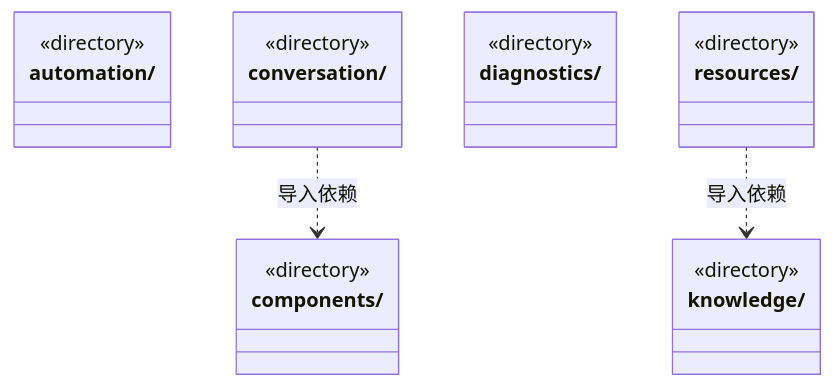
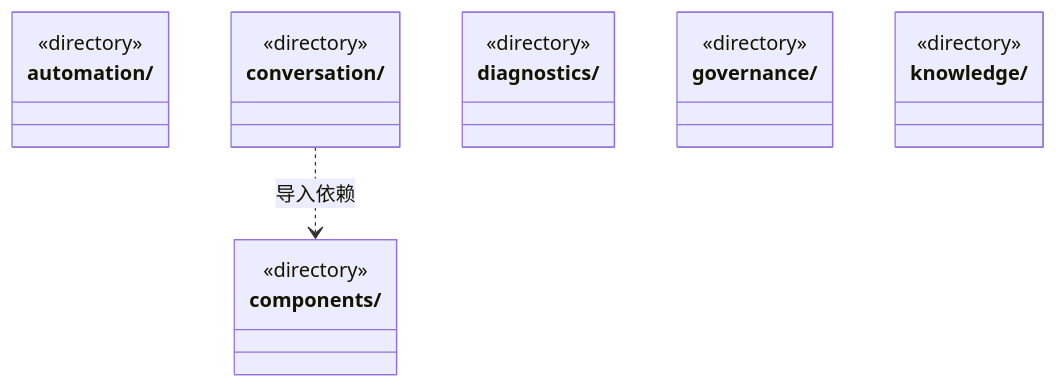
The first of 3 diagrams in src/frontend/ARCHITECTURE.md (nan023062/cbim), drawn with Mermaid before and after one commit. The commit also changed other lines of this file and 50 other files, not shown here.

````diff
--- a/src/frontend/ARCHITECTURE.md
+++ b/src/frontend/ARCHITECTURE.md
@@ -17,23 +17,22 @@
 ```mermaid
 classDiagram
 class N_src_frontend_automation["automation/"] {
   <<directory>>
 }
 class N_src_frontend_components["components/"] {
   <<directory>>
 }
 class N_src_frontend_conversation["conversation/"] {
   <<directory>>
 }
 class N_src_frontend_diagnostics["diagnostics/"] {
   <<directory>>
 }
+class N_src_frontend_governance["governance/"] {
+  <<directory>>
+}
 class N_src_frontend_knowledge["knowledge/"] {
   <<directory>>
 }
-class N_src_frontend_resources["resources/"] {
-  <<directory>>
-}
 N_src_frontend_conversation ..> N_src_frontend_components : 导入依赖
-N_src_frontend_resources ..> N_src_frontend_knowledge : 导入依赖
 ```
````
